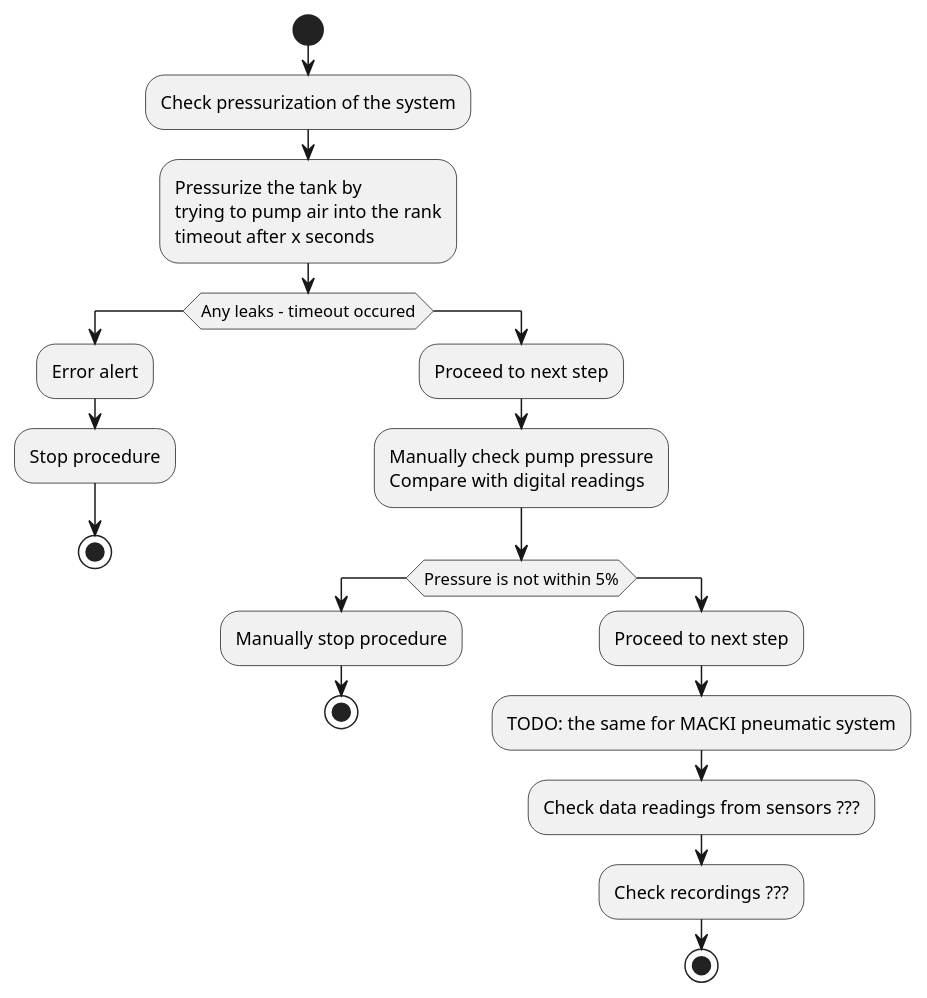
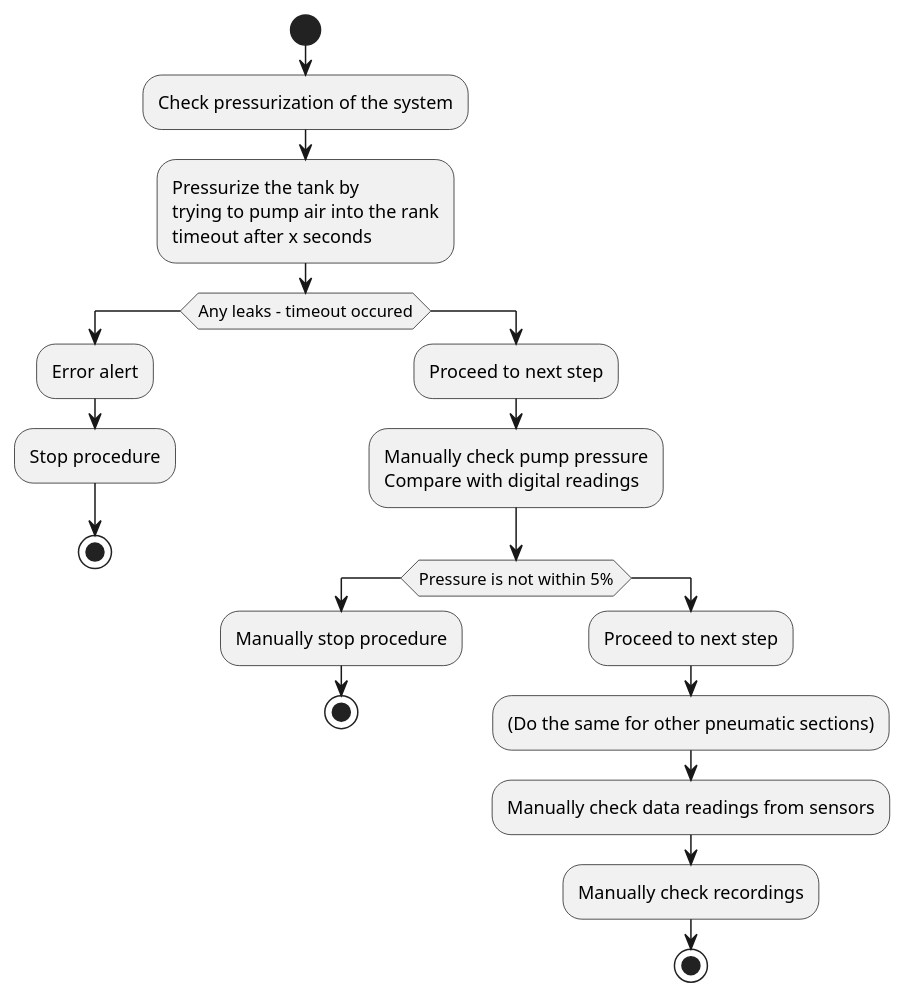
One commit to PWrInSpace/MACKI_mainboard changed the diagram in docs/Self_test_procedure.puml. Above: the diagram before and after it, drawn with PlantUML. The commit also changed 3 other files, not shown here.

```diff
--- a/docs/Self_test_procedure.puml
+++ b/docs/Self_test_procedure.puml
@@ -1,39 +1,39 @@
 @startuml Self_test_procedure
 
 start
 
 :Check pressurization of the system;
 
 :Pressurize the tank by 
 trying to pump air into the rank
 timeout after x seconds;
 
 
 
 if (Any leaks - timeout occured)
     :Error alert;
     :Stop procedure;
     stop
 else
     :Proceed to next step;
 
 :Manually check pump pressure
 Compare with digital readings;
 
 if (Pressure is not within 5%)
     
     :Manually stop procedure;
     stop    
 else
     :Proceed to next step;
     
-:TODO: the same for MACKI pneumatic system;
-:Check data readings from sensors ???;
-:Check recordings ???;
+:(Do the same for other pneumatic sections);
+:Manually check data readings from sensors;
+:Manually check recordings;
 stop
 
 
 
 
 
 @enduml
```
